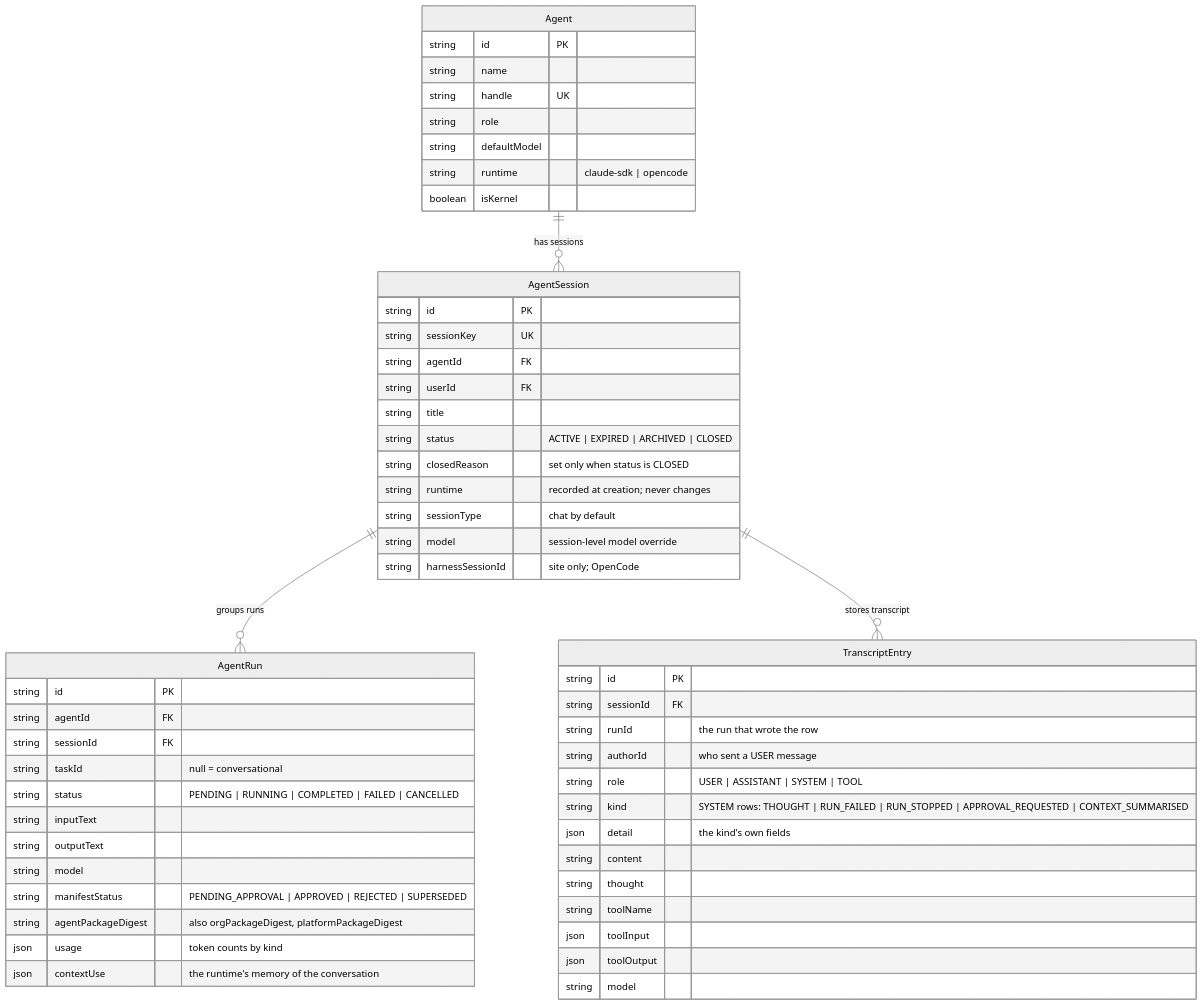
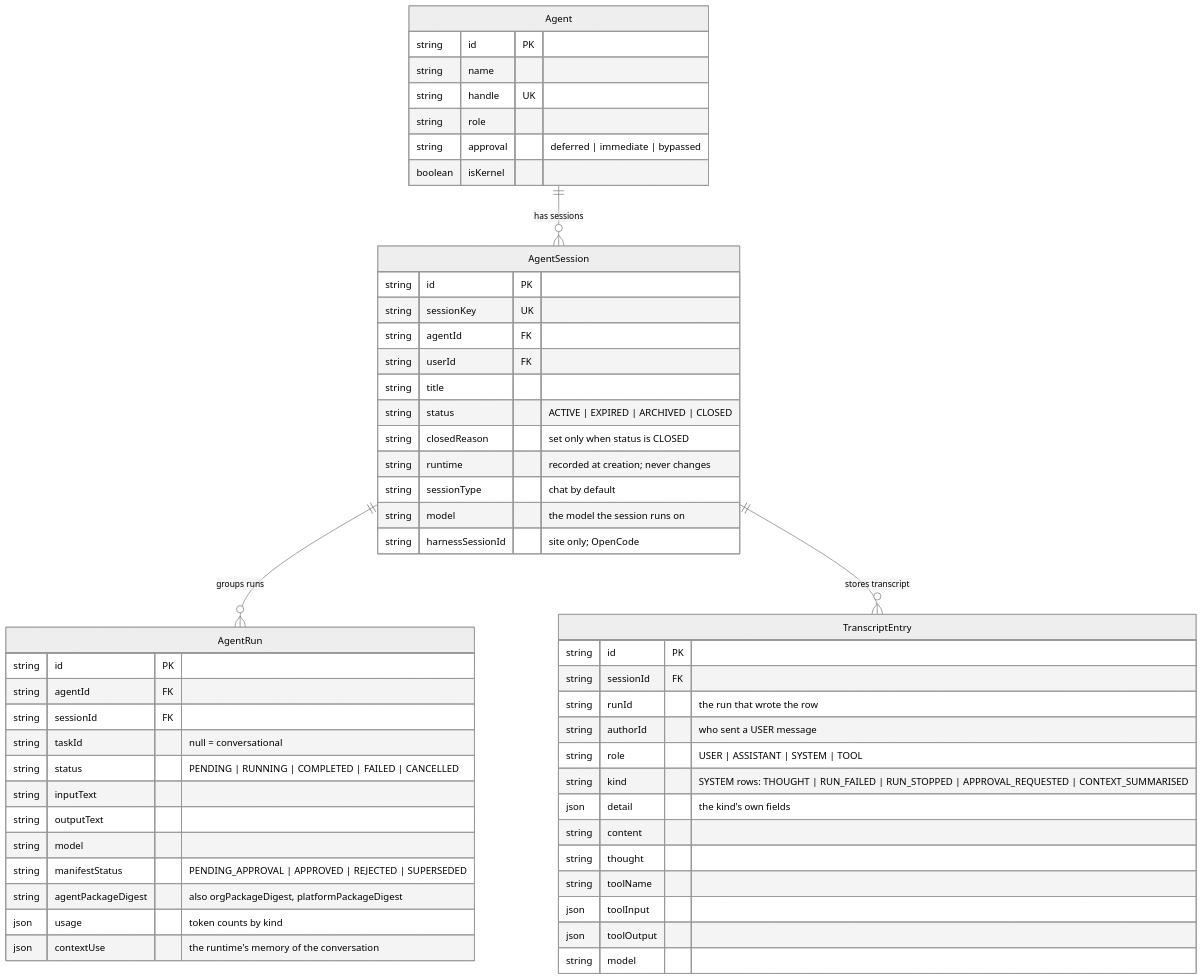
The diagram in docs/concepts/agents/agent-data-model.md (solution84-com/agenthix), drawn with Mermaid (neutral theme) before and after one commit. The commit also changed other lines of this file and 40 other files, not shown here.

Commit message:
docs(concepts,architecture): providers, model resolution and lists, voice, billing and the ledger, the admin area, setup with models and voice, the AI contract with Cloud, and the site's provider descriptors and usage reports

````diff
--- a/docs/concepts/agents/agent-data-model.md
+++ b/docs/concepts/agents/agent-data-model.md
@@ -9,61 +9,60 @@
 ```mermaid
 erDiagram
     Agent {
         string id PK
         string name
         string handle UK
         string role
-        string defaultModel
-        string runtime "claude-sdk | opencode"
+        string approval "deferred | immediate | bypassed"
         boolean isKernel
     }
 
     AgentSession {
         string id PK
         string sessionKey UK
         string agentId FK
         string userId FK
         string title
         string status "ACTIVE | EXPIRED | ARCHIVED | CLOSED"
         string closedReason "set only when status is CLOSED"
         string runtime "recorded at creation; never changes"
         string sessionType "chat by default"
-        string model "session-level model override"
+        string model "the model the session runs on"
         string harnessSessionId "site only; OpenCode"
     }
 
     AgentRun {
         string id PK
         string agentId FK
         string sessionId FK
         string taskId "null = conversational"
         string status "PENDING | RUNNING | COMPLETED | FAILED | CANCELLED"
         string inputText
         string outputText
         string model
         string manifestStatus "PENDING_APPROVAL | APPROVED | REJECTED | SUPERSEDED"
         string agentPackageDigest "also orgPackageDigest, platformPackageDigest"
         json usage "token counts by kind"
         json contextUse "the runtime's memory of the conversation"
     }
 
     TranscriptEntry {
         string id PK
         string sessionId FK
         string runId "the run that wrote the row"
         string authorId "who sent a USER message"
         string role "USER | ASSISTANT | SYSTEM | TOOL"
         string kind "SYSTEM rows: THOUGHT | RUN_FAILED | RUN_STOPPED | APPROVAL_REQUESTED | CONTEXT_SUMMARISED"
         json detail "the kind's own fields"
         string content
         string thought
         string toolName
         json toolInput
         json toolOutput
         string model
     }
 
     Agent ||--o{ AgentSession : "has sessions"
     AgentSession ||--o{ AgentRun : "groups runs"
     AgentSession ||--o{ TranscriptEntry : "stores transcript"
 ```
````
